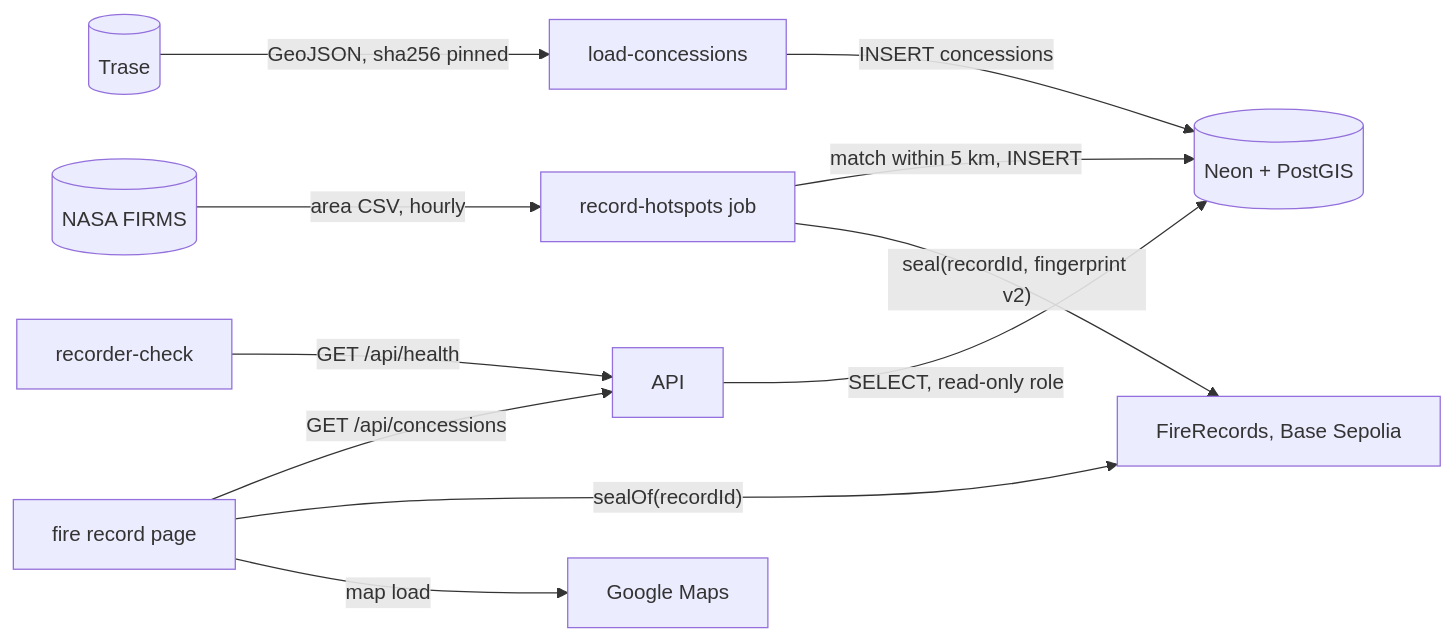
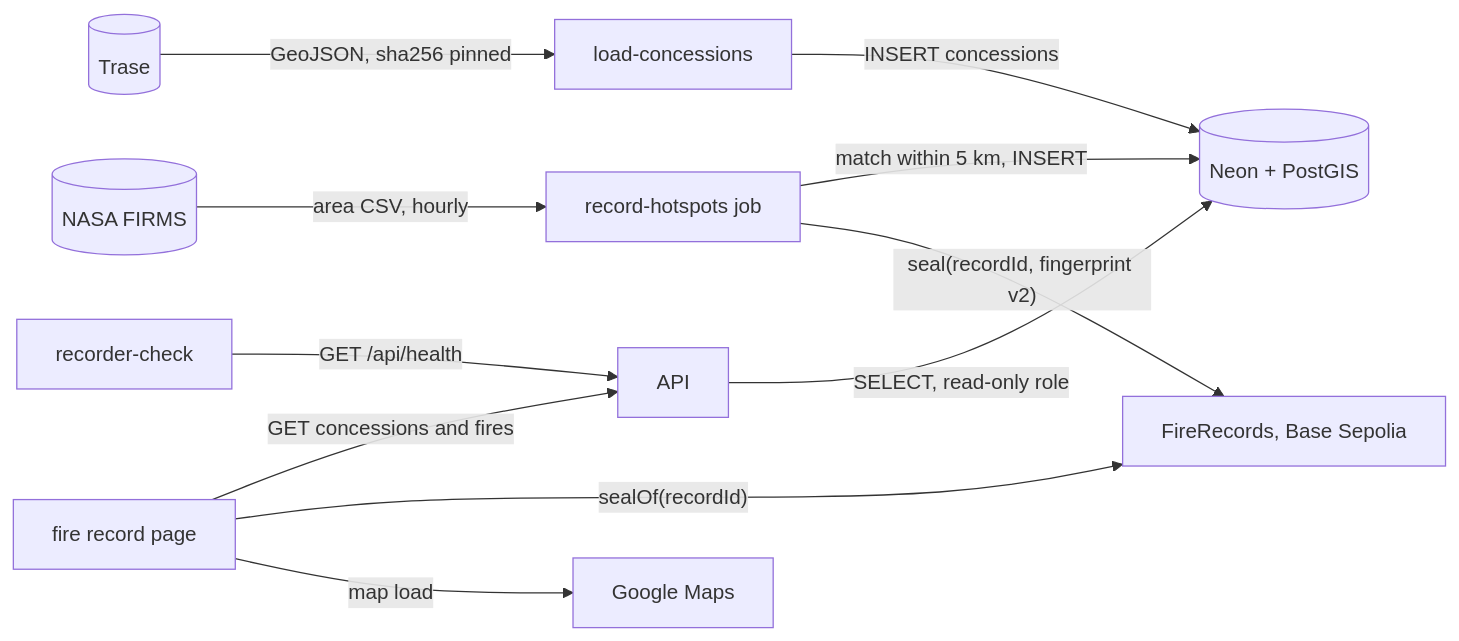
Before and after one commit to dzaffren/fire-watch: the second of 2 diagrams in docs/ARCHITECTURE.md, drawn with Mermaid. The commit also changed other lines of this file and 3 other files, not shown here.

````diff
--- a/docs/ARCHITECTURE.md
+++ b/docs/ARCHITECTURE.md
@@ -18,13 +18,13 @@
 ```mermaid
 flowchart LR
     F[(NASA FIRMS)] -- "area CSV, hourly" --> R[record-hotspots job]
     T[(Trase)] -- "GeoJSON, sha256 pinned" --> L[load-concessions]
     L -- "INSERT concessions" --> D[(Neon + PostGIS)]
     R -- "match within 5 km, INSERT" --> D
     R -- "seal(recordId, fingerprint v2)" --> C[FireRecords, Base Sepolia]
     A[API] -- "SELECT, read-only role" --> D
-    W[fire record page] -- "GET /api/concessions" --> A
+    W[fire record page] -- "GET concessions and fires" --> A
     W -- "sealOf(recordId)" --> C
     W -- "map load" --> G[Google Maps]
     K[recorder-check] -- "GET /api/health" --> A
 ```
````
